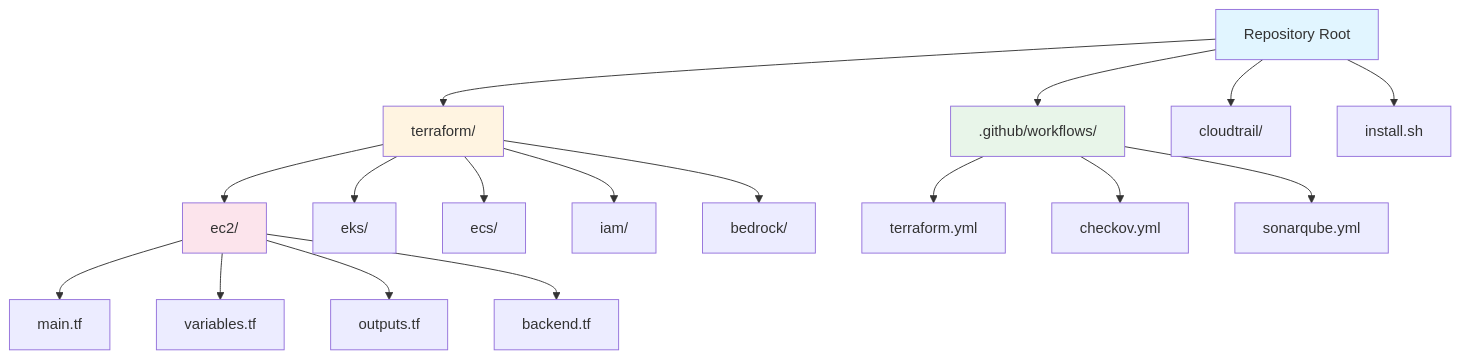
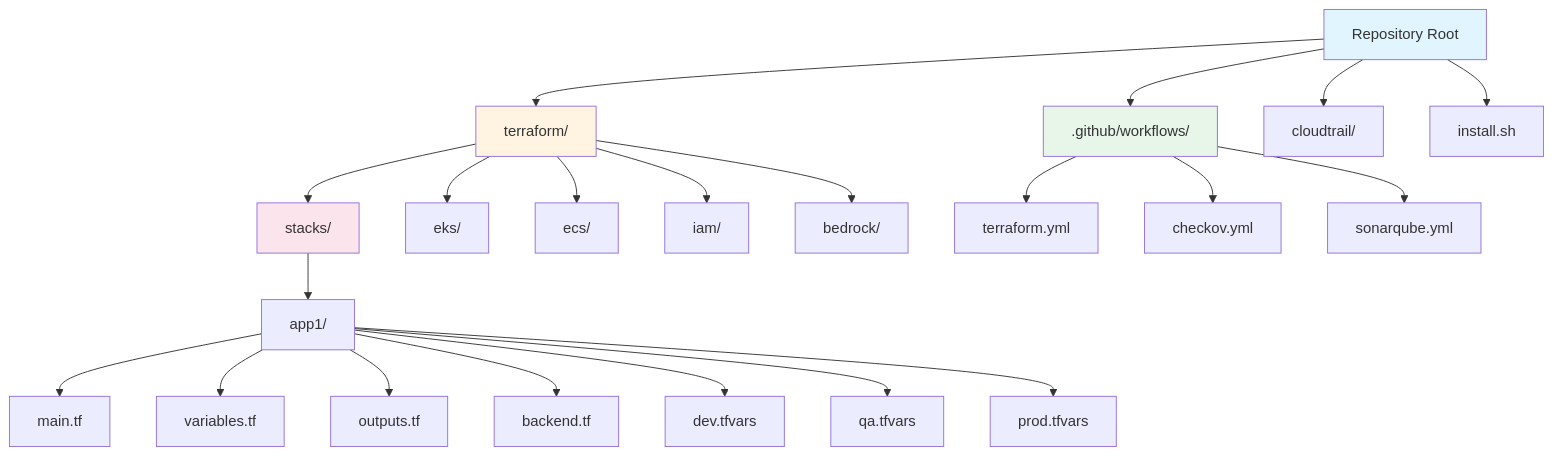
The first of 15 diagrams in DIAGRAMS.md (vegatros/repo1), drawn with Mermaid before and after one commit. The commit also changed other lines of this file and 10 other files, not shown here.

Commit message:
Restructure: move ec2 to terraform/stacks/app1

````diff
--- a/DIAGRAMS.md
+++ b/DIAGRAMS.md
@@ -18,27 +18,31 @@
 ```mermaid
 graph TD
     A[Repository Root] --> B[terraform/]
     A --> C[.github/workflows/]
     A --> D[cloudtrail/]
     A --> E[install.sh]
     
-    B --> B1[ec2/]
+    B --> B1[stacks/]
     B --> B2[eks/]
     B --> B3[ecs/]
     B --> B4[iam/]
     B --> B5[bedrock/]
     
-    B1 --> B1A[main.tf]
-    B1 --> B1B[variables.tf]
-    B1 --> B1C[outputs.tf]
-    B1 --> B1D[backend.tf]
+    B1 --> B1A[app1/]
+    B1A --> B1A1[main.tf]
+    B1A --> B1A2[variables.tf]
+    B1A --> B1A3[outputs.tf]
+    B1A --> B1A4[backend.tf]
+    B1A --> B1A5[dev.tfvars]
+    B1A --> B1A6[qa.tfvars]
+    B1A --> B1A7[prod.tfvars]
     
     C --> C1[terraform.yml]
     C --> C2[checkov.yml]
     C --> C3[sonarqube.yml]
     
     style A fill:#e1f5ff
     style B fill:#fff4e1
     style C fill:#e8f5e9
     style B1 fill:#fce4ec
 ```
````
